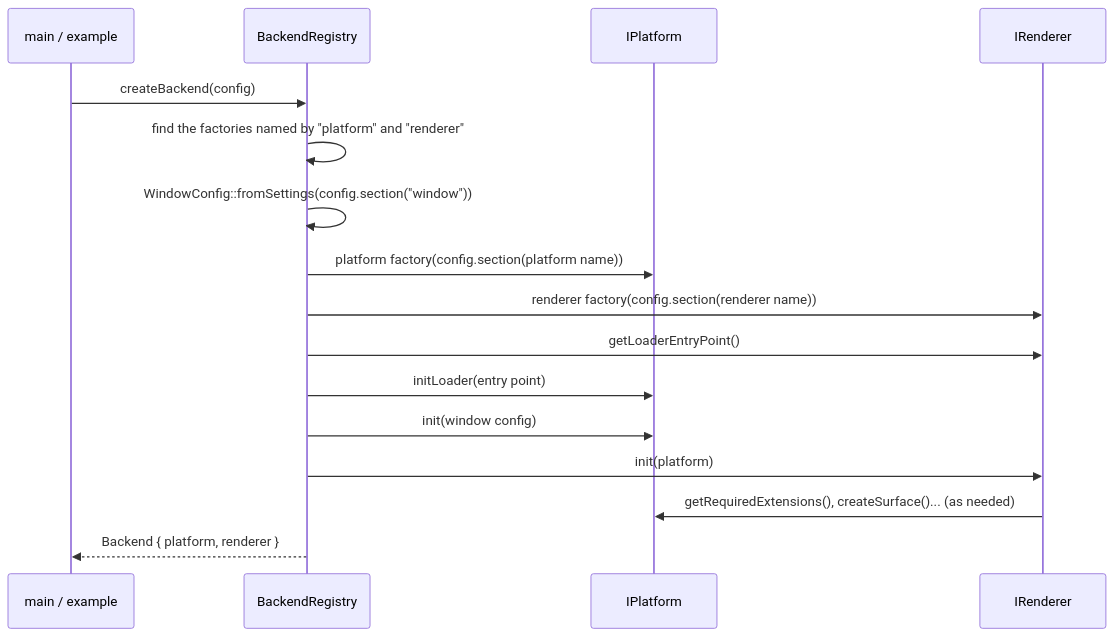
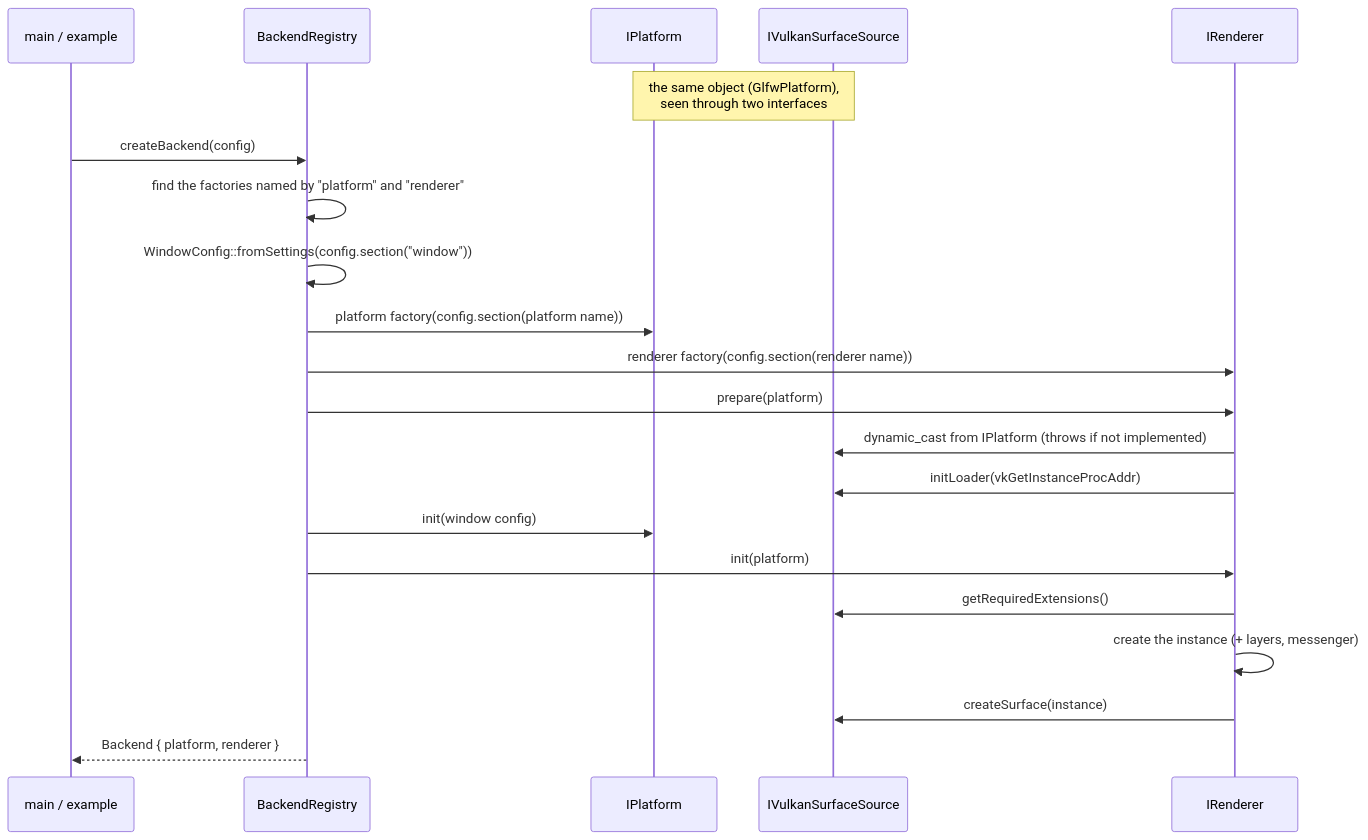
Before and after one commit to Charles-Mahoudeau/rtype: the second of 2 diagrams in docs/Backend.md, drawn with Mermaid. The commit also changed other lines of this file and 27 other files, not shown here.

Commit message:
feat(engine): adding a interop lib to link platform and renders

````diff
--- a/docs/Backend.md
+++ b/docs/Backend.md
@@ -159,19 +196,29 @@
 ```mermaid
 sequenceDiagram
     participant Code as main / example
     participant Registry as BackendRegistry
     participant Platform as IPlatform
+    participant Interop as IVulkanSurfaceSource
     participant Renderer as IRenderer
+
+    Note over Platform,Interop: the same object (GlfwPlatform),<br/>seen through two interfaces
 
     Code->>Registry: createBackend(config)
     Registry->>Registry: find the factories named by "platform" and "renderer"
     Registry->>Registry: WindowConfig::fromSettings(config.section("window"))
     Registry->>Platform: platform factory(config.section(platform name))
     Registry->>Renderer: renderer factory(config.section(renderer name))
-    Registry->>Renderer: getLoaderEntryPoint()
-    Registry->>Platform: initLoader(entry point)
+
+    Registry->>Renderer: prepare(platform)
+    Renderer->>Interop: dynamic_cast from IPlatform (throws if not implemented)
+    Renderer->>Interop: initLoader(vkGetInstanceProcAddr)
+
     Registry->>Platform: init(window config)
+
     Registry->>Renderer: init(platform)
-    Renderer->>Platform: getRequiredExtensions(), createSurface()... (as needed)
+    Renderer->>Interop: getRequiredExtensions()
+    Renderer->>Renderer: create the instance (+ layers, messenger)
+    Renderer->>Interop: createSurface(instance)
+
     Registry-->>Code: Backend { platform, renderer }
 ```
````
